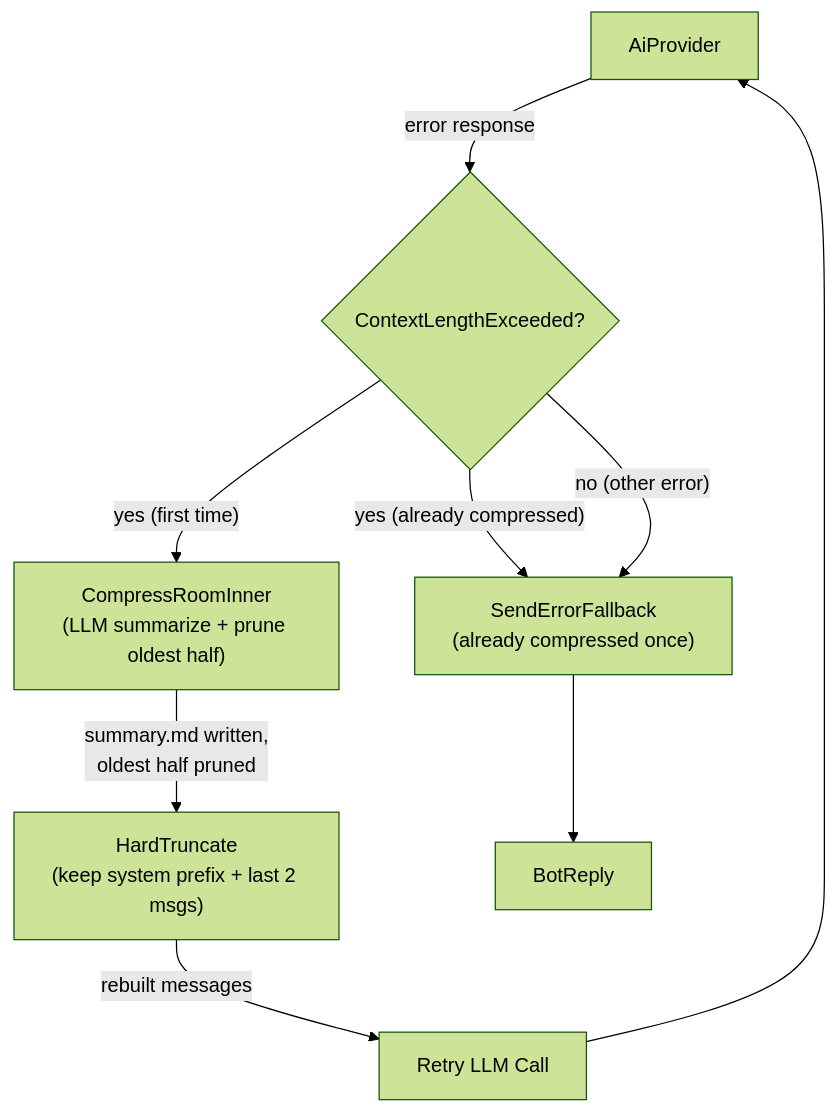
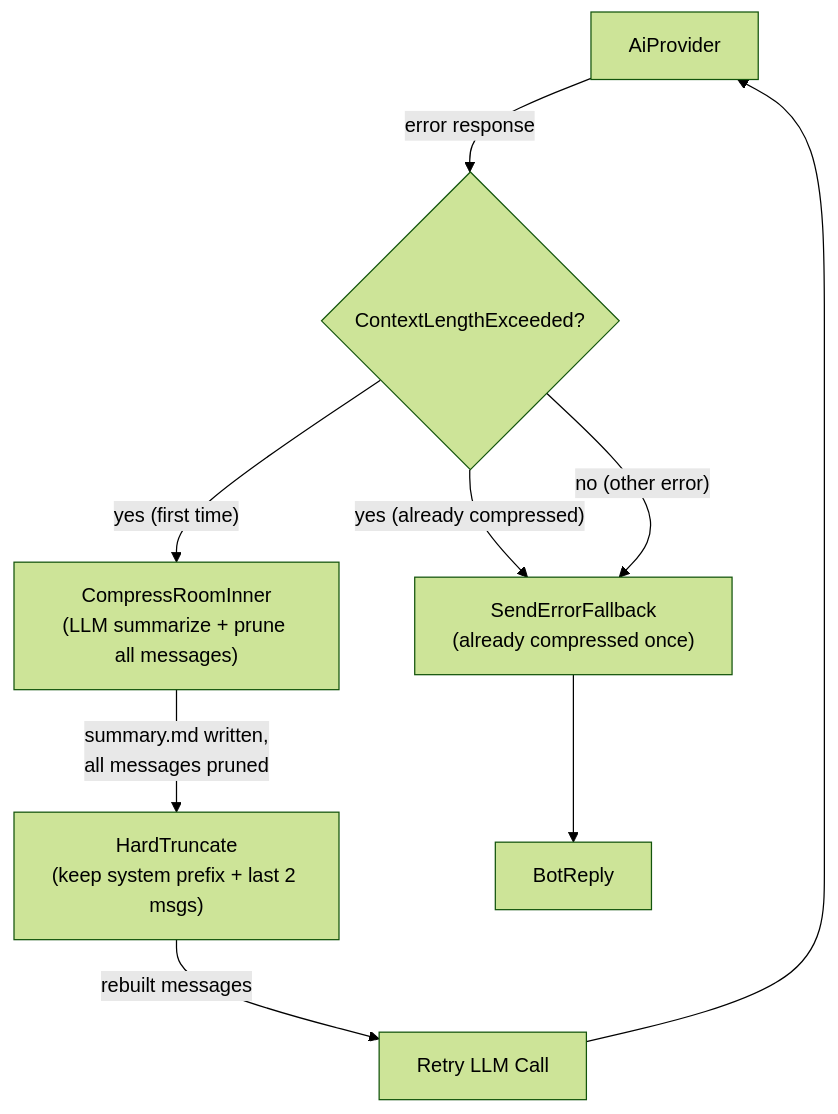
The tenth of 11 diagrams in _dfd/agent/agent-harness.md (cosmoswafer/rockbot), drawn with Mermaid (forest theme) before and after one commit. The commit also changed other lines of this file and 6 other files, not shown here.

First line of the commit message:
fix(compression): strip all messages in both modes, fix summary.md fallback

````diff
--- a/_dfd/agent/agent-harness.md
+++ b/_dfd/agent/agent-harness.md
@@ -411,19 +411,19 @@
 ```mermaid
 flowchart TD
     AI[AiProvider]
     CHECK{ContextLengthExceeded?}
-    COMPRESS["CompressRoomInner<br/>(LLM summarize + prune oldest half)"]
+    COMPRESS["CompressRoomInner<br/>(LLM summarize + prune all messages)"]
     TRIM["HardTruncate<br/>(keep system prefix + last 2 msgs)"]
     RETRY["Retry LLM Call"]
     FALLBACK["SendErrorFallback<br/>(already compressed once)"]
     REPLY[BotReply]
 
     AI -->|"error response"| CHECK
     CHECK -->|"yes (first time)"| COMPRESS
     CHECK -->|"yes (already compressed)"| FALLBACK
     CHECK -->|"no (other error)"| FALLBACK
-    COMPRESS -->|"summary.md written,<br/>oldest half pruned"| TRIM
+    COMPRESS -->|"summary.md written,<br/>all messages pruned"| TRIM
     TRIM -->|"rebuilt messages"| RETRY
     RETRY --> AI
     FALLBACK --> REPLY
 ```
````
